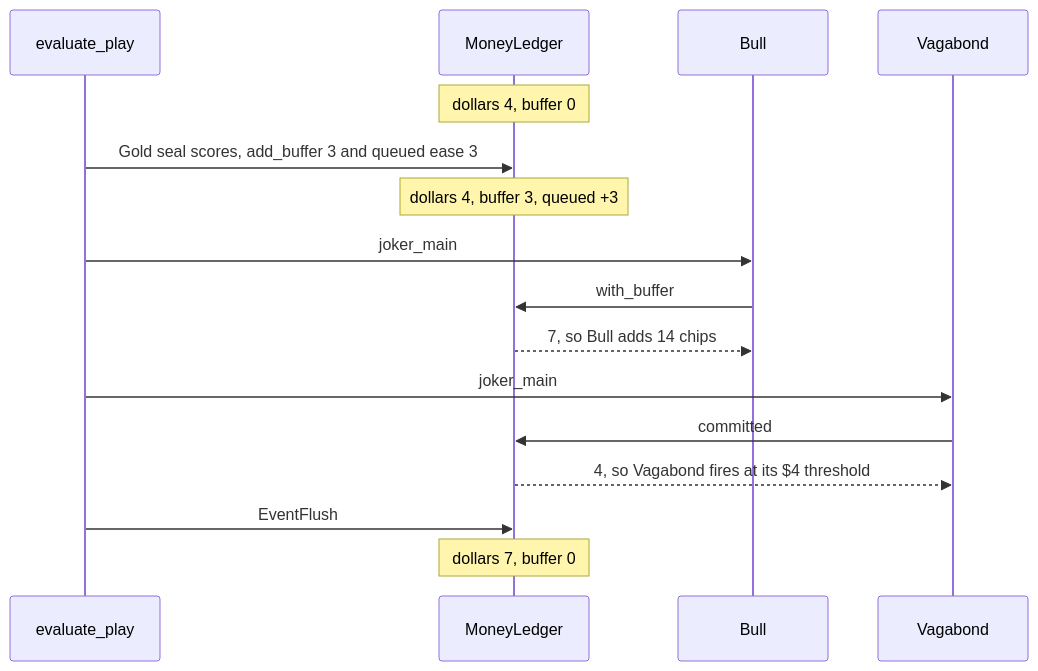
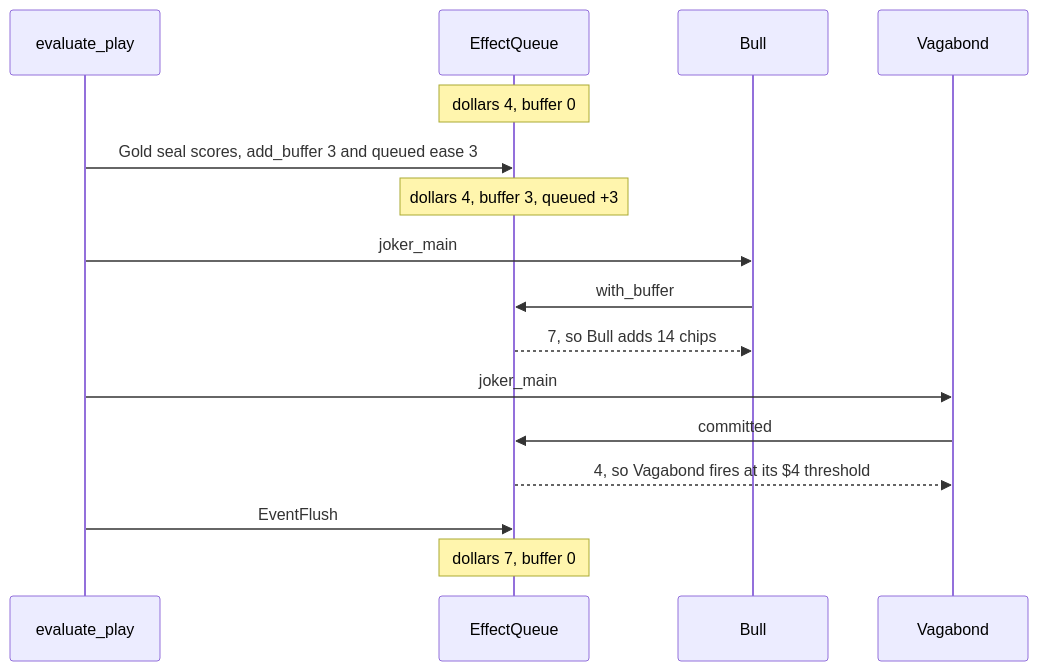
The fifth of 10 diagrams in docs/engine_class_design_2026-10-06.md (Daz029/balatro-strategy), drawn with Mermaid before and after one commit. The commit also changed other lines of this file and 12 other files, not shown here.

First line of the commit message:
engine phase 5 (P5-2): pass-local money ledger + line-faithful play/evaluate_play

````diff
--- a/docs/engine_class_design_2026-10-06.md
+++ b/docs/engine_class_design_2026-10-06.md
@@ -385,18 +367,18 @@
 ```mermaid
 sequenceDiagram
   participant P as evaluate_play
-  participant L as MoneyLedger
+  participant L as EffectQueue
   participant B as Bull
   participant V as Vagabond
   Note over L: dollars 4, buffer 0
   P->>L: Gold seal scores, add_buffer 3 and queued ease 3
   Note over L: dollars 4, buffer 3, queued +3
   P->>B: joker_main
   B->>L: with_buffer
   L-->>B: 7, so Bull adds 14 chips
   P->>V: joker_main
   V->>L: committed
   L-->>V: 4, so Vagabond fires at its $4 threshold
   P->>L: EventFlush
   Note over L: dollars 7, buffer 0
 ```
````
